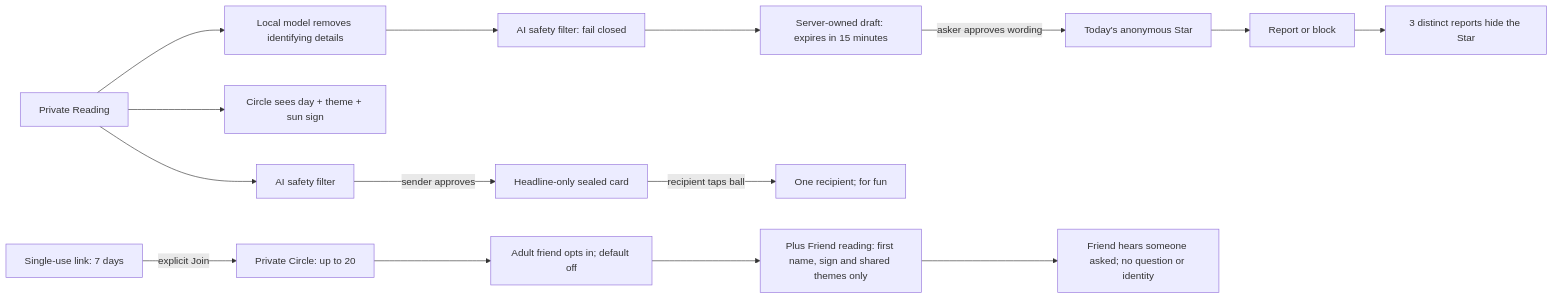
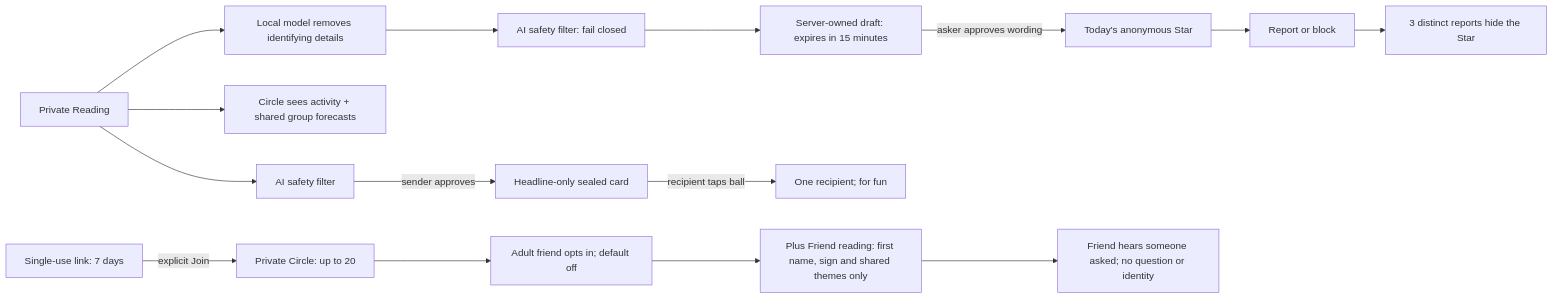
Before and after one commit to janustsen/crystal-ball: the diagram in docs/social/model.md, drawn with Mermaid. The commit also changed other lines of this file and 51 other files, not shown here.

````diff
--- a/docs/social/model.md
+++ b/docs/social/model.md
@@ -5,17 +5,17 @@
 ```mermaid
 flowchart LR
   Reading[Private Reading] --> Rewrite[Local model removes identifying details]
   Rewrite --> Filter[AI safety filter: fail closed]
   Filter --> Draft[Server-owned draft: expires in 15 minutes]
   Draft -->|asker approves wording| Sky[Today's anonymous Star]
   Sky --> Report[Report or block]
   Report --> Hide[3 distinct reports hide the Star]
-  Reading --> Activity[Circle sees day + theme + sun sign]
+  Reading --> Activity[Circle sees activity + shared group forecasts]
   Invite[Single-use link: 7 days] -->|explicit Join| Circle[Private Circle: up to 20]
   Circle --> Consent[Adult friend opts in; default off]
   Consent --> Friend[Plus Friend reading: first name, sign and shared themes only]
   Friend --> Notice[Friend hears someone asked; no question or identity]
   Reading --> SealFilter[AI safety filter]
   SealFilter -->|sender approves| Seal[Headline-only sealed card]
   Seal -->|recipient taps ball| Open[One recipient; for fun]
 ```
````
